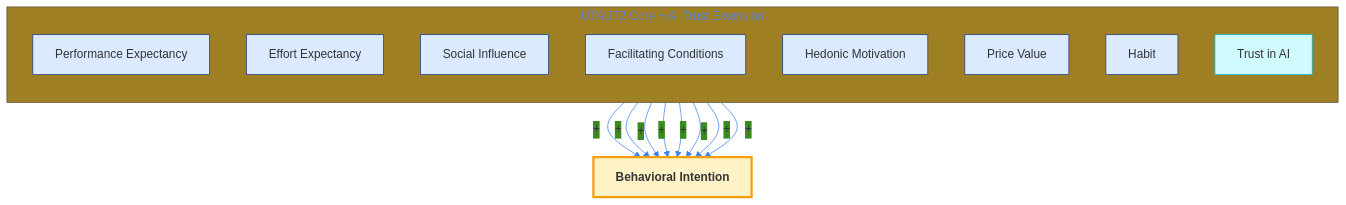
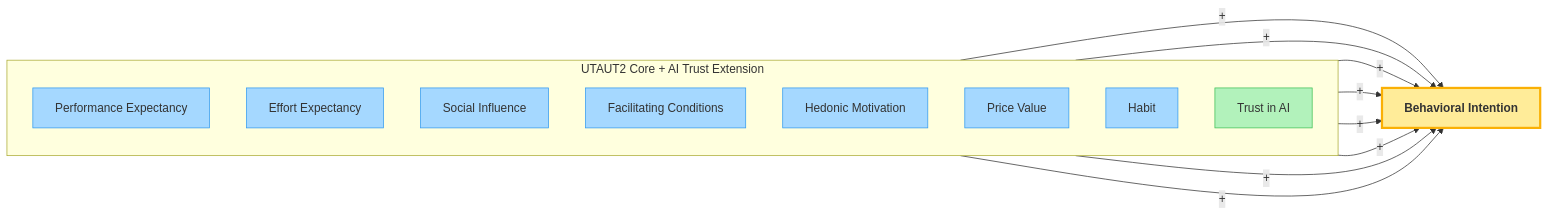
The third of 3 diagrams in thesis-v2/manuscript/chapters/03_methodology.md (fabioc-aloha/AIRS_Data_Analysis), drawn with Mermaid before and after one commit. The commit also changed other lines of this file and 3 other files, not shown here.

Commit message:
style: update Mermaid diagrams to GitHub pastel palette

````diff
--- a/thesis-v2/manuscript/chapters/03_methodology.md
+++ b/thesis-v2/manuscript/chapters/03_methodology.md
@@ -553,36 +551,35 @@
 ```mermaid
-%%{init: {'theme': 'base', 'themeVariables': {'primaryColor': '#1e3a8a', 'lineColor': '#3b82f6'}}}%%
-flowchart TD
+flowchart LR
     subgraph predictors["UTAUT2 Core + AI Trust Extension"]
         direction TB
         PE["Performance Expectancy"]
         EE["Effort Expectancy"]
         SI["Social Influence"]
         FC["Facilitating Conditions"]
         HM["Hedonic Motivation"]
         PV["Price Value"]
         HB["Habit"]
         TR["Trust in AI"]
     end
 
     BI["<b>Behavioral Intention</b>"]
 
     PE -->|+| BI
     EE -->|+| BI
     SI -->|+| BI
     FC -->|+| BI
     HM -->|+| BI
     PV -->|+| BI
     HB -->|+| BI
     TR -->|+| BI
 
-    style BI fill:#fef3c7,stroke:#f59e0b,stroke-width:3px
-    style PE fill:#dbeafe,stroke:#1e3a8a
-    style EE fill:#dbeafe,stroke:#1e3a8a
-    style SI fill:#dbeafe,stroke:#1e3a8a
-    style FC fill:#dbeafe,stroke:#1e3a8a
-    style HM fill:#dbeafe,stroke:#1e3a8a
-    style PV fill:#dbeafe,stroke:#1e3a8a
-    style HB fill:#dbeafe,stroke:#1e3a8a
-    style TR fill:#cffafe,stroke:#06b6d4
+    style BI fill:#ffec99,stroke:#fab005,stroke-width:3px
+    style PE fill:#a5d8ff,stroke:#339af0
+    style EE fill:#a5d8ff,stroke:#339af0
+    style SI fill:#a5d8ff,stroke:#339af0
+    style FC fill:#a5d8ff,stroke:#339af0
+    style HM fill:#a5d8ff,stroke:#339af0
+    style PV fill:#a5d8ff,stroke:#339af0
+    style HB fill:#a5d8ff,stroke:#339af0
+    style TR fill:#b2f2bb,stroke:#40c057
 ```
````
